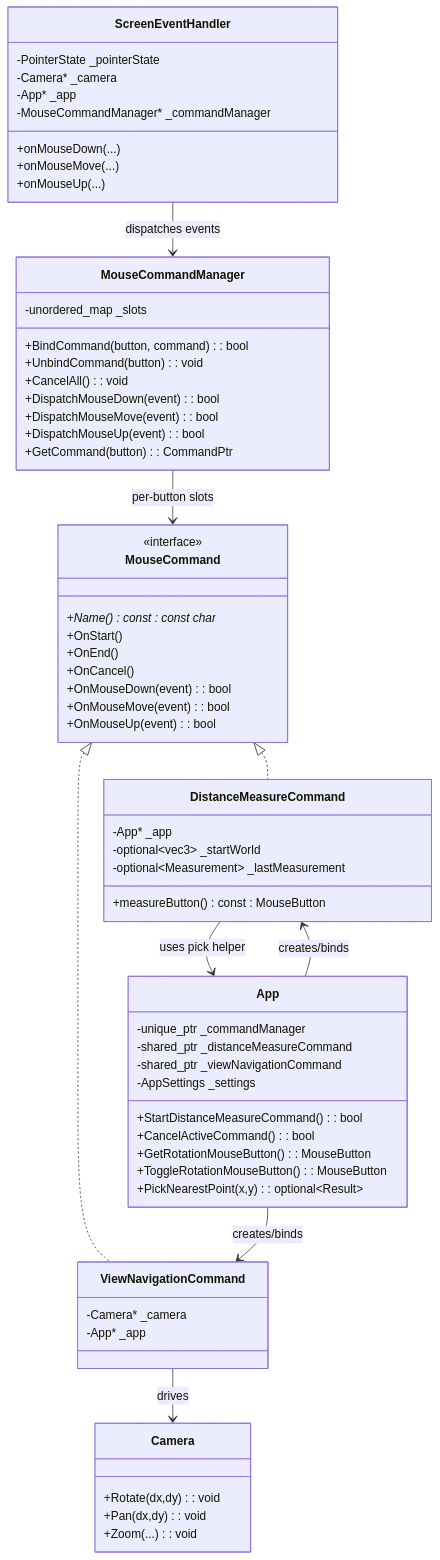
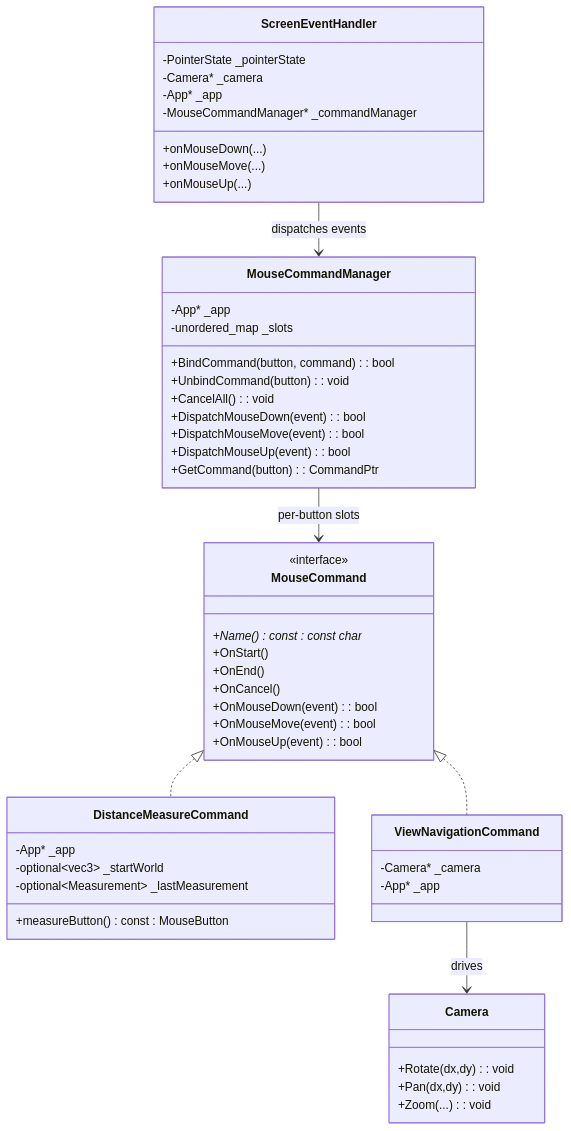
The second of 2 diagrams in GraphV3.md (vfa-khaidt1/vfa-cdn), drawn with Mermaid before and after one commit.

Commit message:
Refactor App class by removing unused members
Removed unused members and methods from the App class in GraphV3.

````diff
--- a/GraphV3.md
+++ b/GraphV3.md
@@ -38,77 +38,61 @@
 ```mermaid
 classDiagram
     class ScreenEventHandler {
         -PointerState _pointerState
         -Camera* _camera
         -App* _app
         -MouseCommandManager* _commandManager
         +onMouseDown(...)
         +onMouseMove(...)
         +onMouseUp(...)
     }
 
     class MouseCommand {
         <<interface>>
         +Name() const : const char*
         +OnStart()
         +OnEnd()
         +OnCancel()
         +OnMouseDown(event): bool
         +OnMouseMove(event): bool
         +OnMouseUp(event): bool
     }
 
     class MouseCommandManager {
+        -App* _app
         -unordered_map<MouseButton,CommandPtr,MouseButtonHash> _slots
         +BindCommand(button, command): bool
         +UnbindCommand(button): void
         +CancelAll(): void
         +DispatchMouseDown(event): bool
         +DispatchMouseMove(event): bool
         +DispatchMouseUp(event): bool
         +GetCommand(button): CommandPtr
     }
 
     class DistanceMeasureCommand {
         -App* _app
         -optional~vec3~ _startWorld
         -optional~Measurement~ _lastMeasurement
         +measureButton() const : MouseButton
     }
 
     class ViewNavigationCommand {
         -Camera* _camera
         -App* _app
     }
 
-    class App {
-        -unique_ptr<MouseCommandManager> _commandManager
-        -shared_ptr<DistanceMeasureCommand> _distanceMeasureCommand
-        -shared_ptr<ViewNavigationCommand> _viewNavigationCommand
-        -AppSettings _settings
-        +StartDistanceMeasureCommand(): bool
-        +CancelActiveCommand(): bool
-        +GetRotationMouseButton(): MouseButton
-        +ToggleRotationMouseButton(): MouseButton
-        +PickNearestPoint(x,y): optional~Result~
-    }
-
     class Camera {
         +Rotate(dx,dy): void
         +Pan(dx,dy): void
         +Zoom(...): void
     }
 
     MouseCommand <|.. DistanceMeasureCommand
     MouseCommand <|.. ViewNavigationCommand
 
     ScreenEventHandler --> MouseCommandManager : dispatches events
-
-
     MouseCommandManager --> MouseCommand : per-button slots
-    App --> DistanceMeasureCommand : creates/binds
-    App --> ViewNavigationCommand : creates/binds
     ViewNavigationCommand --> Camera : drives
-    DistanceMeasureCommand --> App : uses pick helper
 
 ```
````
